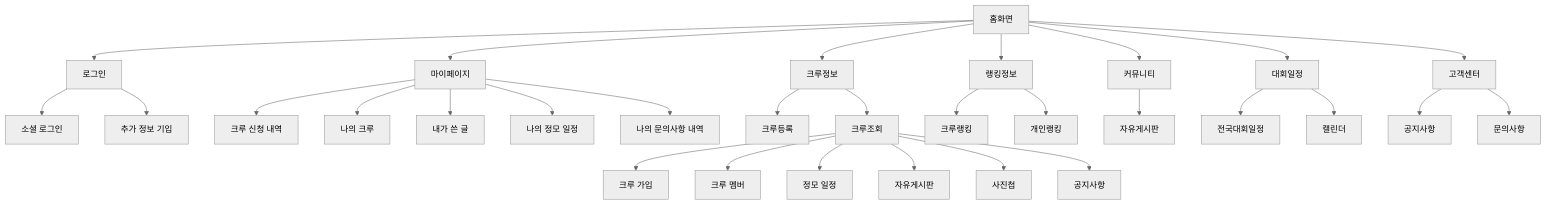
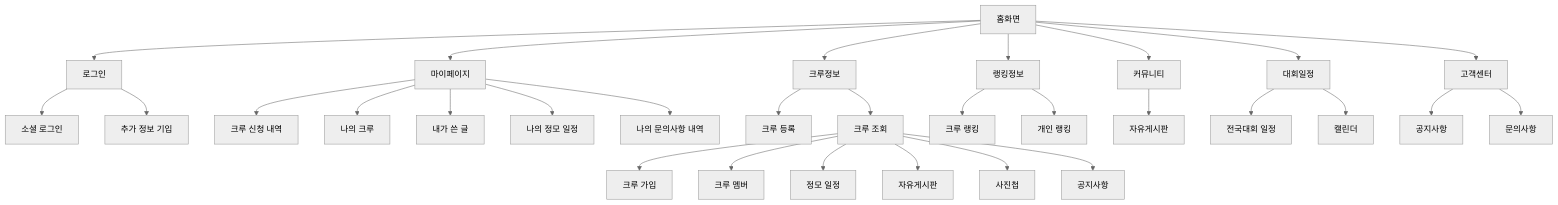
One commit to S2BestTeam/Running_Crew_Platform changed the first of 2 diagrams in README.md. Above: the diagram before and after it, drawn with Mermaid (neutral theme). The commit also changed other lines of this file, not shown here.

````diff
--- a/README.md
+++ b/README.md
@@ -195,40 +195,48 @@
 ```mermaid
 graph TD
+    %% 홈화면
     A[홈화면] --> L[로그인]
     A --> M[마이페이지]
     A --> B[크루정보]
     A --> C[랭킹정보]
     A --> D[커뮤니티]
     A --> E[대회일정]
     A --> F[고객센터]
 
+    %% 로그인 세부
     L --> L1[소셜 로그인]
     L --> L2[추가 정보 기입]
 
+    %% 마이페이지 세부
     M --> M1[크루 신청 내역]
     M --> M2[나의 크루]
     M --> M3[내가 쓴 글]
     M --> M4[나의 정모 일정]
     M --> M5[나의 문의사항 내역]
 
-    B --> B1[크루등록]
-    B --> B2[크루조회]
+    %% 크루정보 세부
+    B --> B1[크루 등록]
+    B --> B2[크루 조회]
     B2 --> B2a[크루 가입]
     B2 --> B2b[크루 멤버]
     B2 --> B2c[정모 일정]
     B2 --> B2d[자유게시판]
     B2 --> B2e[사진첩]
     B2 --> B2f[공지사항]
 
-    C --> C1[크루랭킹]
-    C --> C2[개인랭킹]
+    %% 랭킹 세부
+    C --> C1[크루 랭킹]
+    C --> C2[개인 랭킹]
 
+    %% 커뮤니티 세부
     D --> D1[자유게시판]
 
-    E --> E1[전국대회일정]
+    %% 대회일정 세부
+    E --> E1[전국대회 일정]
     E --> E2[캘린더]
 
+    %% 고객센터 세부
     F --> F1[공지사항]
     F --> F2[문의사항]
 
 ```
````
